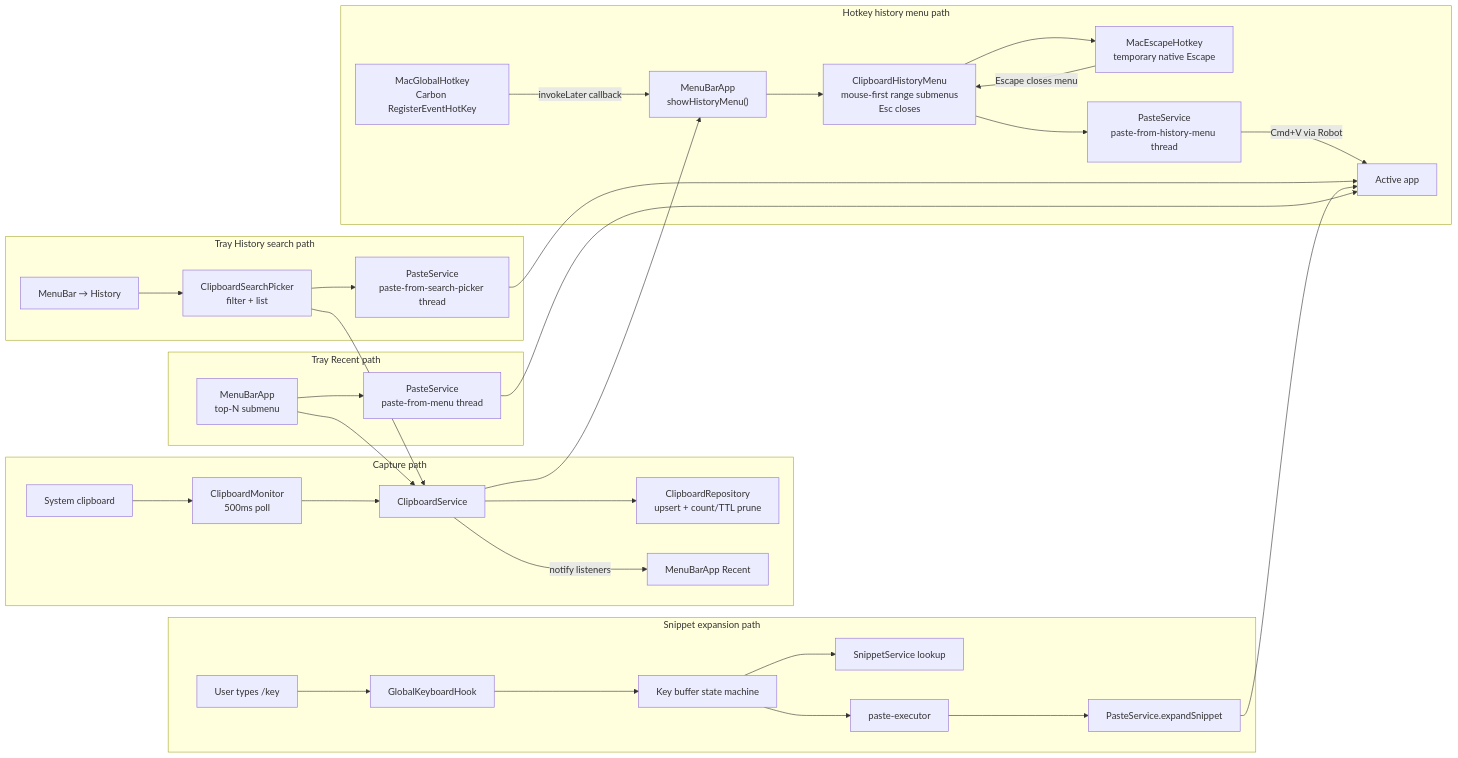
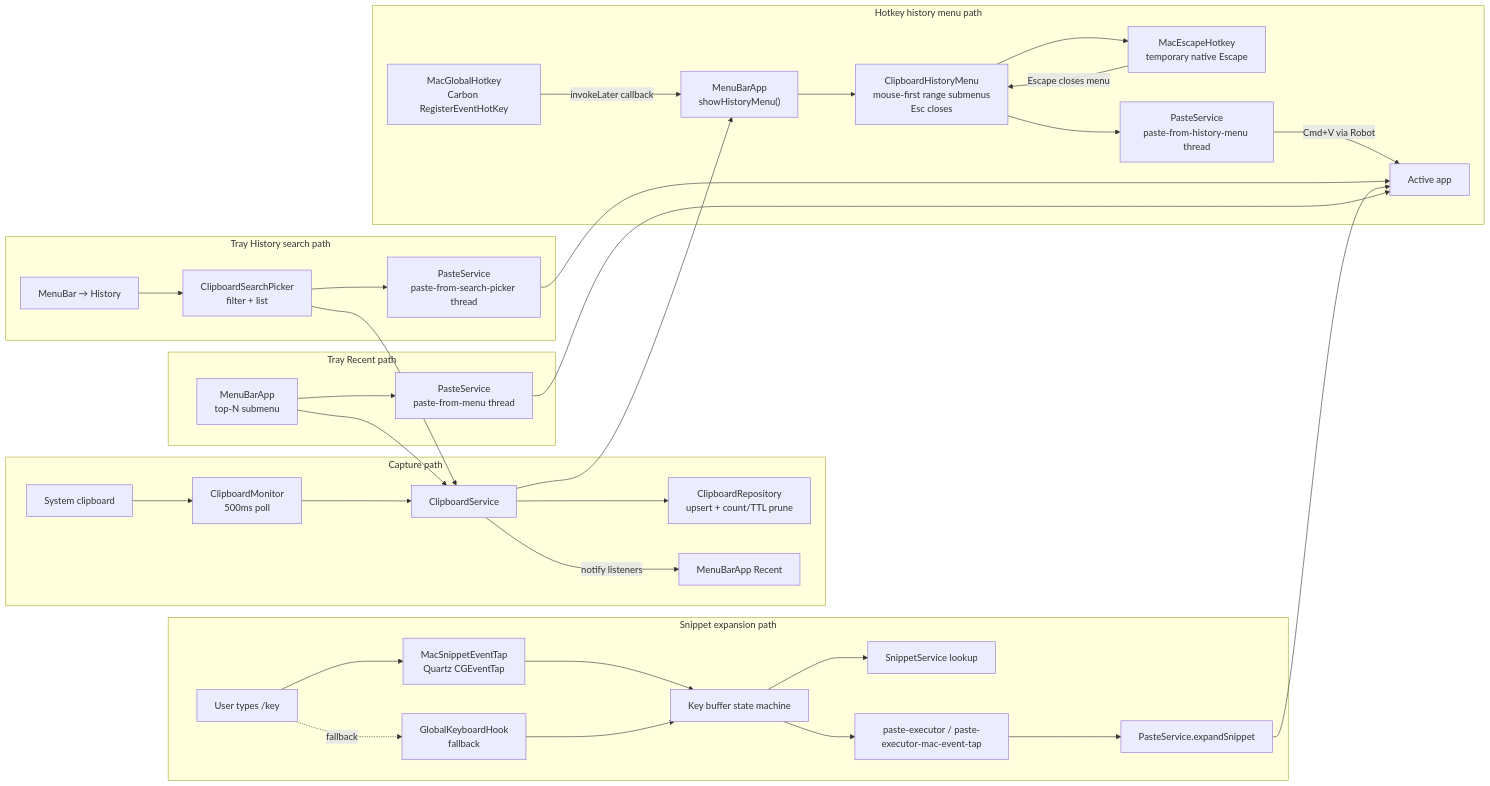
One commit to Meghna2528/Pasties changed the third of 5 diagrams in Project Details.md. Above: the diagram before and after it, drawn with Mermaid. The commit also changed other lines of this file and 12 other files, not shown here.

````diff
--- a/Project Details.md
+++ b/Project Details.md
@@ -448,50 +463,53 @@
 ```mermaid
 flowchart LR
     subgraph Capture["Capture path"]
         CB["System clipboard"]
         CM["ClipboardMonitor<br/>500ms poll"]
         CS["ClipboardService"]
         CR["ClipboardRepository<br/>upsert + count/TTL prune"]
         CB --> CM --> CS --> CR
         CS -->|"notify listeners"| MB2["MenuBarApp Recent"]
     end
 
     subgraph Hotkey["Hotkey history menu path"]
         HK["MacGlobalHotkey<br/>Carbon RegisterEventHotKey"]
         ESC["MacEscapeHotkey<br/>temporary native Escape"]
         MB4["MenuBarApp<br/>showHistoryMenu()"]
         HM["ClipboardHistoryMenu<br/>mouse-first range submenus<br/>Esc closes"]
         PS1["PasteService<br/>paste-from-history-menu thread"]
         HK -->|"invokeLater callback"| MB4 --> HM --> PS1
         HM --> ESC
         ESC -->|"Escape closes menu"| HM
         CS --> MB4
         PS1 -->|"Cmd+V via Robot"| App["Active app"]
     end
 
     subgraph Search["Tray History search path"]
         MB3["MenuBar → History"]
         SP["ClipboardSearchPicker<br/>filter + list"]
         PS2["PasteService<br/>paste-from-search-picker thread"]
         MB3 --> SP --> CS
         SP --> PS2 --> App
     end
 
     subgraph Snip["Snippet expansion path"]
         Keys["User types /key"]
-        JHK["GlobalKeyboardHook"]
+        Tap["MacSnippetEventTap<br/>Quartz CGEventTap"]
+        JHK["GlobalKeyboardHook<br/>fallback"]
         FSM["Key buffer state machine"]
         SS["SnippetService lookup"]
-        PEx["paste-executor"]
-        Keys --> JHK --> FSM --> SS
+        PEx["paste-executor / paste-executor-mac-event-tap"]
+        Keys --> Tap --> FSM --> SS
+        Keys -. fallback .-> JHK
+        JHK --> FSM
         FSM --> PEx --> PS3["PasteService.expandSnippet"]
         PS3 --> App
     end
 
     subgraph Tray["Tray Recent path"]
         MB["MenuBarApp<br/>top-N submenu"]
         PS4["PasteService<br/>paste-from-menu thread"]
         MB --> CS
         MB --> PS4 --> App
     end
 ```
````
